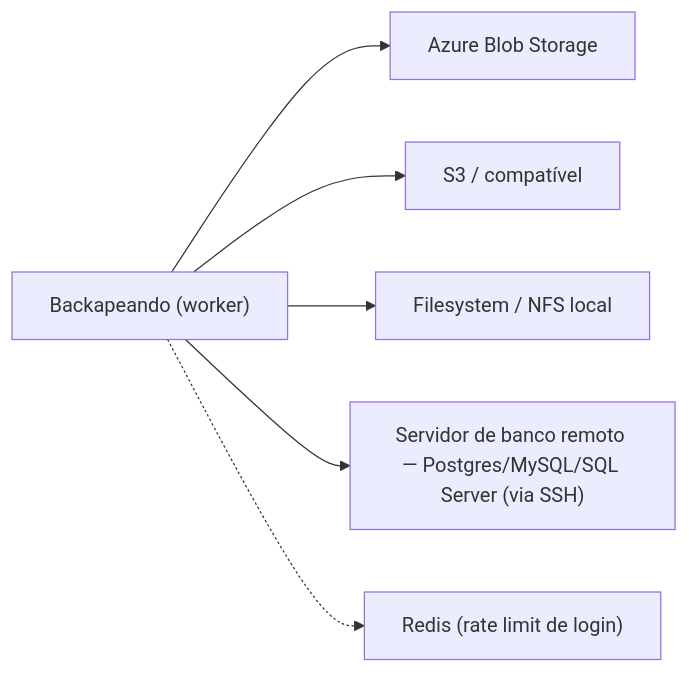
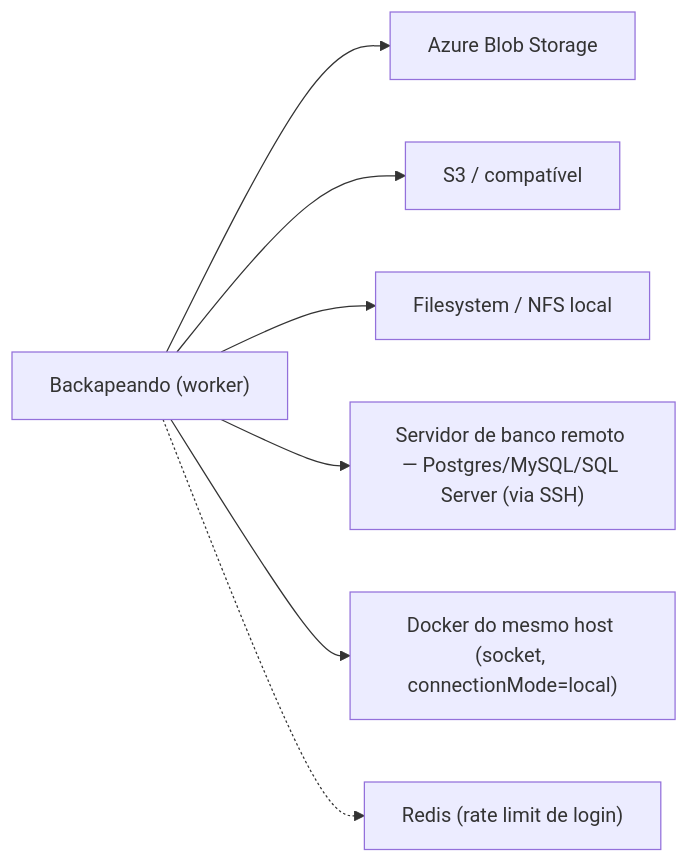
The fourth of 4 diagrams in docs/Organograma.md (c3t4r4/Backapeando-Backup-Manager), drawn with Mermaid before and after one commit. The commit also changed other lines of this file and 38 other files, not shown here.

First line of the commit message:
feat(docker): add support for local connection mode

````diff
--- a/docs/Organograma.md
+++ b/docs/Organograma.md
@@ -65,8 +70,9 @@
 ```mermaid
 flowchart LR
     Sistema["Backapeando (worker)"] --> Azure["Azure Blob Storage"]
     Sistema --> S3["S3 / compatível"]
     Sistema --> FS["Filesystem / NFS local"]
     Sistema --> SSHRemoto["Servidor de banco remoto — Postgres/MySQL/SQL Server (via SSH)"]
+    Sistema --> DockerLocal["Docker do mesmo host (socket, connectionMode=local)"]
     Sistema -.-> Redis["Redis (rate limit de login)"]
 ```
````
